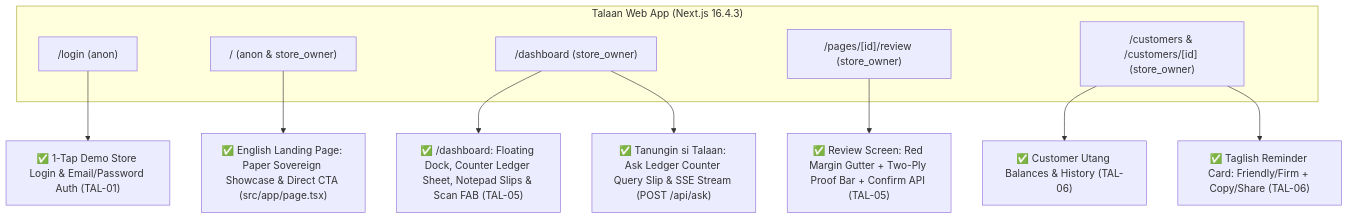
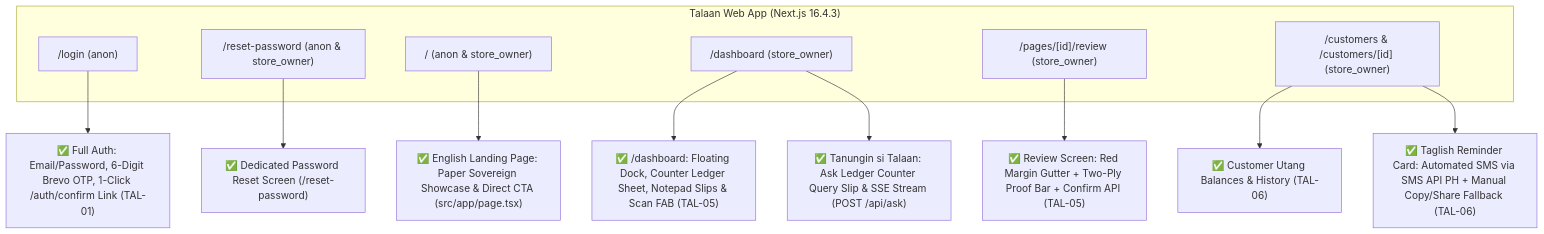
The first of 5 diagrams in docs/flow.md (ejay-detera/talaan), drawn with Mermaid before and after one commit. The commit also changed other lines of this file and 6 other files, not shown here.

Commit message:
docs: add comprehensive documentation and update README with auth, SMS, and security details

````diff
--- a/docs/flow.md
+++ b/docs/flow.md
@@ -23,17 +23,19 @@
 ```mermaid
 flowchart TB
   subgraph app ["Talaan Web App (Next.js 16.4.3)"]
     S0["/login (anon)"]
+    S0b["/reset-password (anon & store_owner)"]
     S1["/ (anon & store_owner)"]
     S1b["/dashboard (store_owner)"]
     S2["/pages/[id]/review (store_owner)"]
     S3["/customers & /customers/[id] (store_owner)"]
   end
-  S0 --> A1["✅ 1-Tap Demo Store Login & Email/Password Auth (TAL-01)"]
+  S0 --> A1["✅ Full Auth: Email/Password, 6-Digit Brevo OTP, 1-Click /auth/confirm Link (TAL-01)"]
+  S0b --> A2["✅ Dedicated Password Reset Screen (/reset-password)"]
   S1 --> B1["✅ English Landing Page: Paper Sovereign Showcase & Direct CTA (src/app/page.tsx)"]
   S1b --> B2["✅ /dashboard: Floating Dock, Counter Ledger Sheet, Notepad Slips & Scan FAB (TAL-05)"]
   S1b --> B3["✅ Tanungin si Talaan: Ask Ledger Counter Query Slip & SSE Stream (POST /api/ask)"]
   S2 --> C1["✅ Review Screen: Red Margin Gutter + Two-Ply Proof Bar + Confirm API (TAL-05)"]
   S3 --> D1["✅ Customer Utang Balances & History (TAL-06)"]
-  S3 --> D2["✅ Taglish Reminder Card: Friendly/Firm + Copy/Share (TAL-06)"]
+  S3 --> D2["✅ Taglish Reminder Card: Automated SMS via SMS API PH + Manual Copy/Share Fallback (TAL-06)"]
 ```
````
